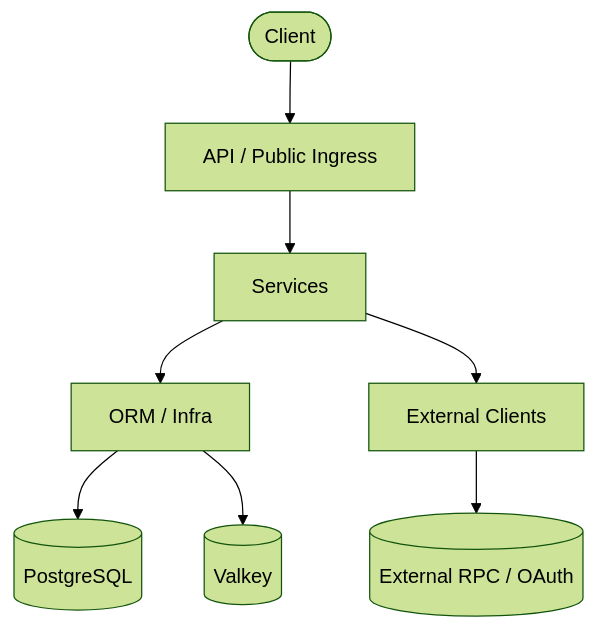
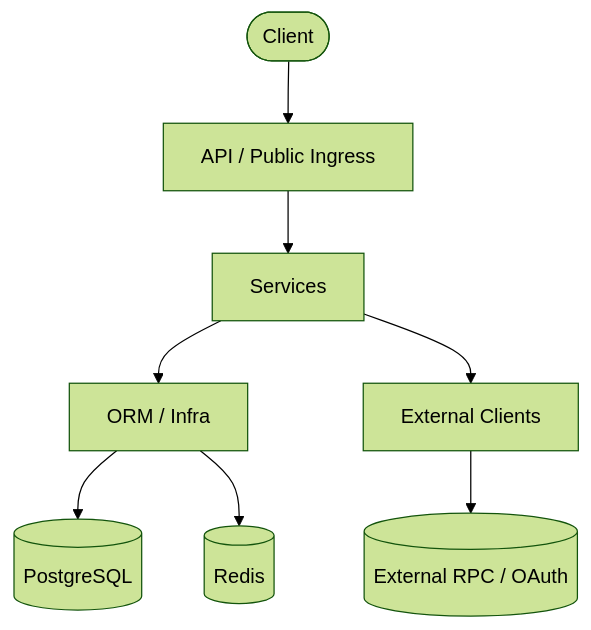
Before and after one commit to AURTech/rpc-gateway: the diagram in server/README.md, drawn with Mermaid (forest theme). The commit also changed other lines of this file and 1 other file, not shown here.

Commit message:
docs: use Redis consistently in the README files
The rest of the repository refers to the datastore as Redis, matching
REDIS_URL, app/infra/redis.py and the redis client library. The two
README files were the only place still calling it Valkey.

````diff
--- a/server/README.md
+++ b/server/README.md
@@ -31,16 +31,16 @@
 ```mermaid
 graph TD
     Client(["Client"])
     API["API / Public Ingress"]
     Service["Services"]
     Data["ORM / Infra"]
     Clients["External Clients"]
     DB[("PostgreSQL")]
-    VK[("Valkey")]
+    RD[("Redis")]
     EXT[("External RPC / OAuth")]
 
     Client --> API --> Service
     Service --> Data --> DB
     Service --> Clients --> EXT
-    Data --> VK
+    Data --> RD
 ```
````
